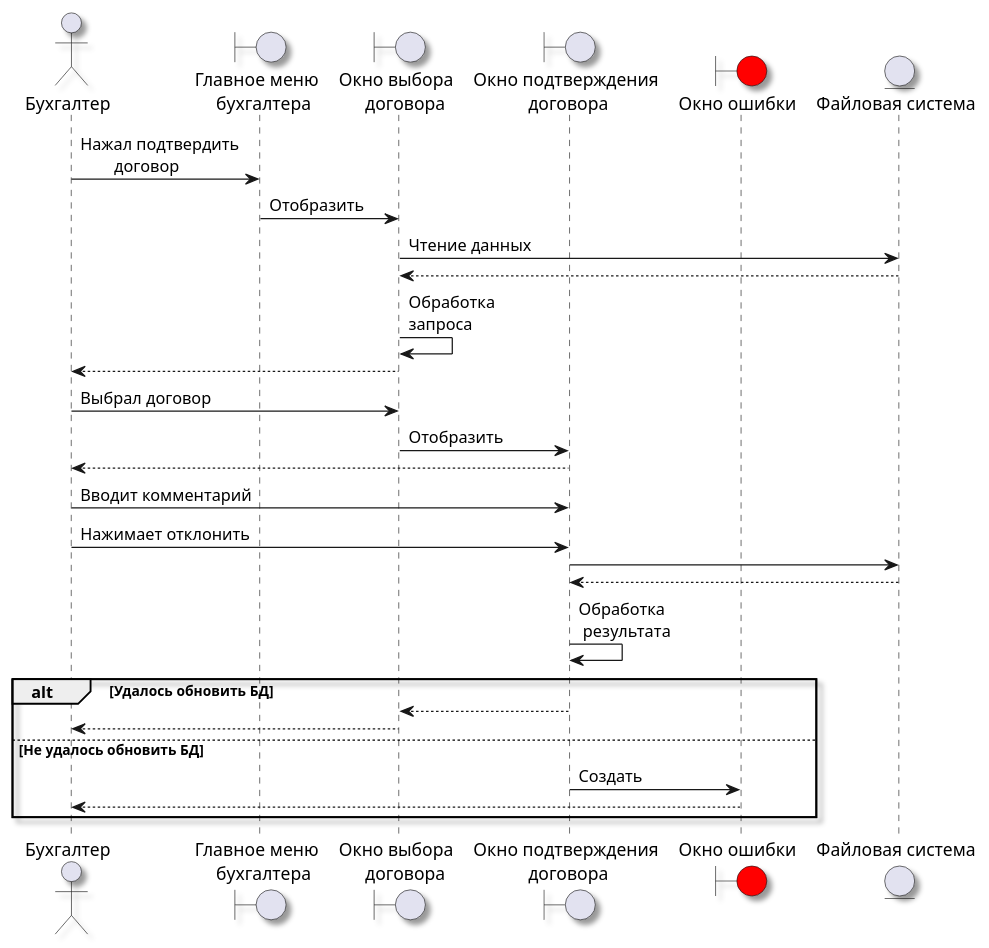
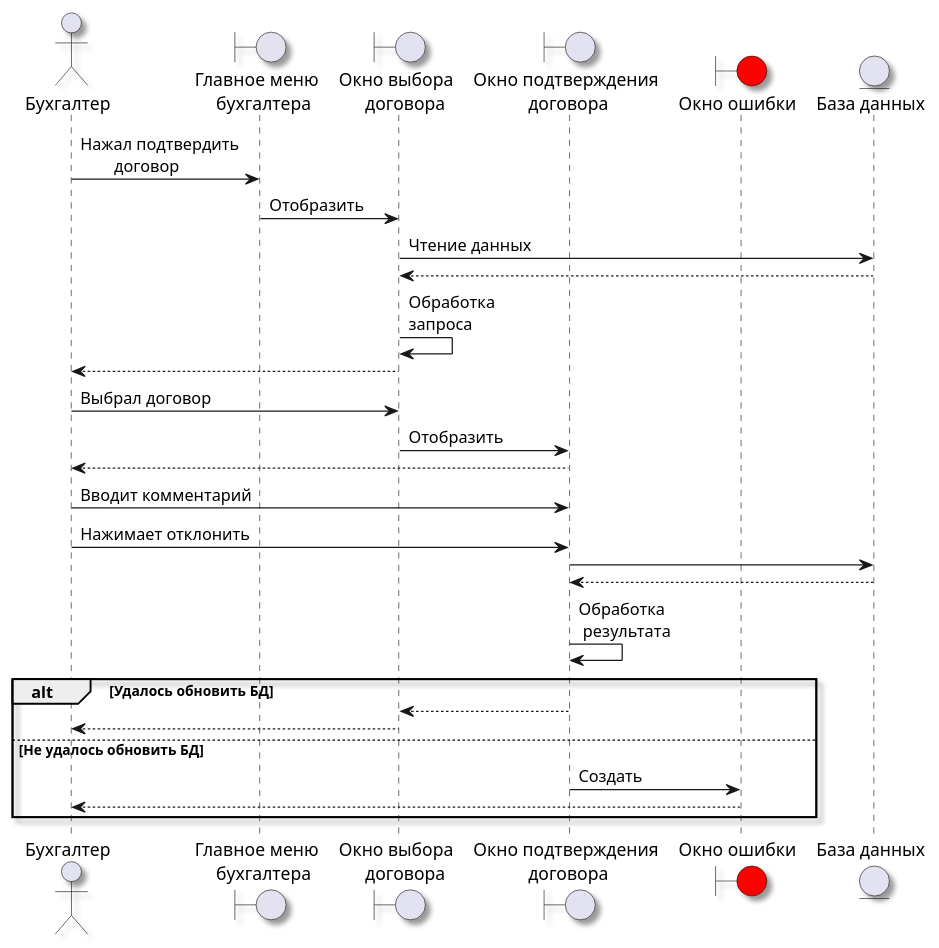
Before and after one commit to MiFit1/OSOGO: the diagram in Resource/Диаграммы последовательности/Отклонить договор (Бухгалтер).wsd, drawn with PlantUML. The commit also changed 47 other files, not shown here.

Commit message:
Обновлена диаграмма классов и ПЗ

```diff
--- a/Resource/Диаграммы последовательности/Отклонить договор (Бухгалтер).wsd
+++ b/Resource/Диаграммы последовательности/Отклонить договор (Бухгалтер).wsd
@@ -1,33 +1,33 @@
 @startuml
 skinparam Shadowing true
 actor "Бухгалтер" as accountant
 boundary "Главное меню\n   бухгалтера" as mainMenuAc
 boundary "Окно выбора\n    договора" as contractWindow
 boundary "Окно подтверждения\n договора" as accessContractWindow
 boundary "Окно ошибки" as errorWindow #Red
 
-entity "Файловая система" as fs
+entity "База данных" as fs
 
 accountant -> mainMenuAc :Нажал подтвердить\n\tдоговор
 mainMenuAc -> contractWindow :Отобразить
 contractWindow -> fs:Чтение данных
 fs --> contractWindow
 contractWindow -> contractWindow:Обработка\nзапроса
 contractWindow --> accountant
 accountant -> contractWindow:Выбрал договор
 contractWindow -> accessContractWindow :Отобразить
 accessContractWindow --> accountant
 accountant -> accessContractWindow :Вводит комментарий
 accountant -> accessContractWindow :Нажимает отклонить 
 accessContractWindow -> fs
 fs --> accessContractWindow
 accessContractWindow -> accessContractWindow :Обработка\n результата
 
 alt Удалось обновить БД
     accessContractWindow --> contractWindow
     contractWindow --> accountant
 else Не удалось обновить БД
     accessContractWindow -> errorWindow:Создать
     errorWindow --> accountant
 end
 @enduml
```
